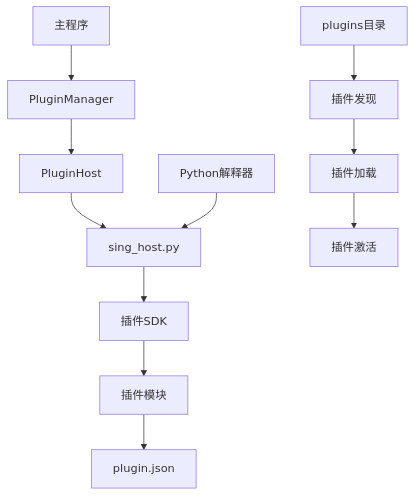
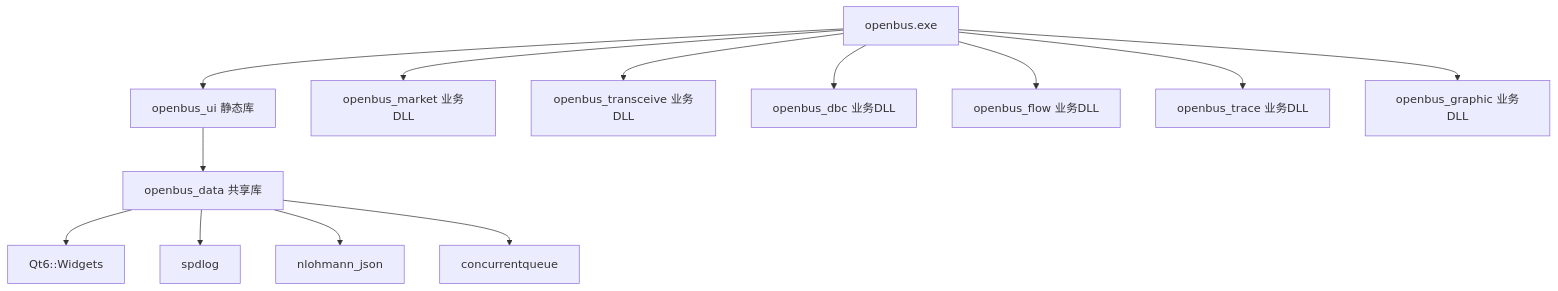
The first of 3 diagrams in .qoder/repowiki/zh/content/构建和部署/CMake构建配置.md (jakecai1225-design/OpenBus), drawn with Mermaid before and after one commit. The commit also changed other lines of this file and 177 other files, not shown here.

````diff
--- a/.qoder/repowiki/zh/content/构建和部署/CMake构建配置.md
+++ b/.qoder/repowiki/zh/content/构建和部署/CMake构建配置.md
@@ -201,13 +107,15 @@
 ```mermaid
 graph TD
-A[主程序] --> B[PluginManager]
-B --> C[PluginHost]
-C --> D[sing_host.py]
-D --> E[插件SDK]
-E --> F[插件模块]
-F --> G[plugin.json]
-H[Python解释器] --> D
-I[plugins目录] --> J[插件发现]
-J --> K[插件加载]
-K --> L[插件激活]
+A[openbus.exe] --> B[openbus_ui 静态库]
+B --> C[openbus_data 共享库]
+A --> D[openbus_market 业务DLL]
+A --> E[openbus_transceive 业务DLL]
+A --> F[openbus_dbc 业务DLL]
+A --> G[openbus_flow 业务DLL]
+A --> H[openbus_trace 业务DLL]
+A --> I[openbus_graphic 业务DLL]
+C --> J[Qt6::Widgets]
+C --> K[spdlog]
+C --> L[nlohmann_json]
+C --> M[concurrentqueue]
 ```
````
